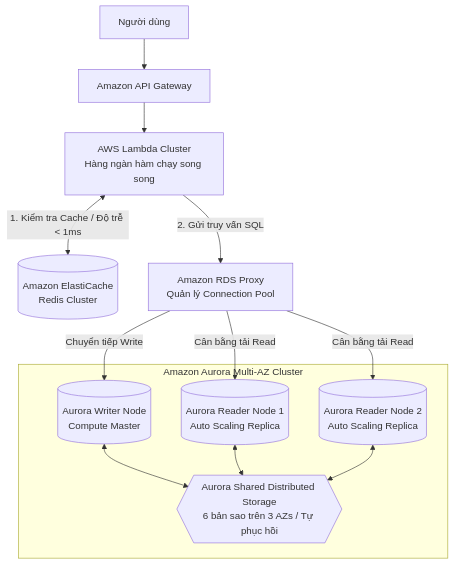
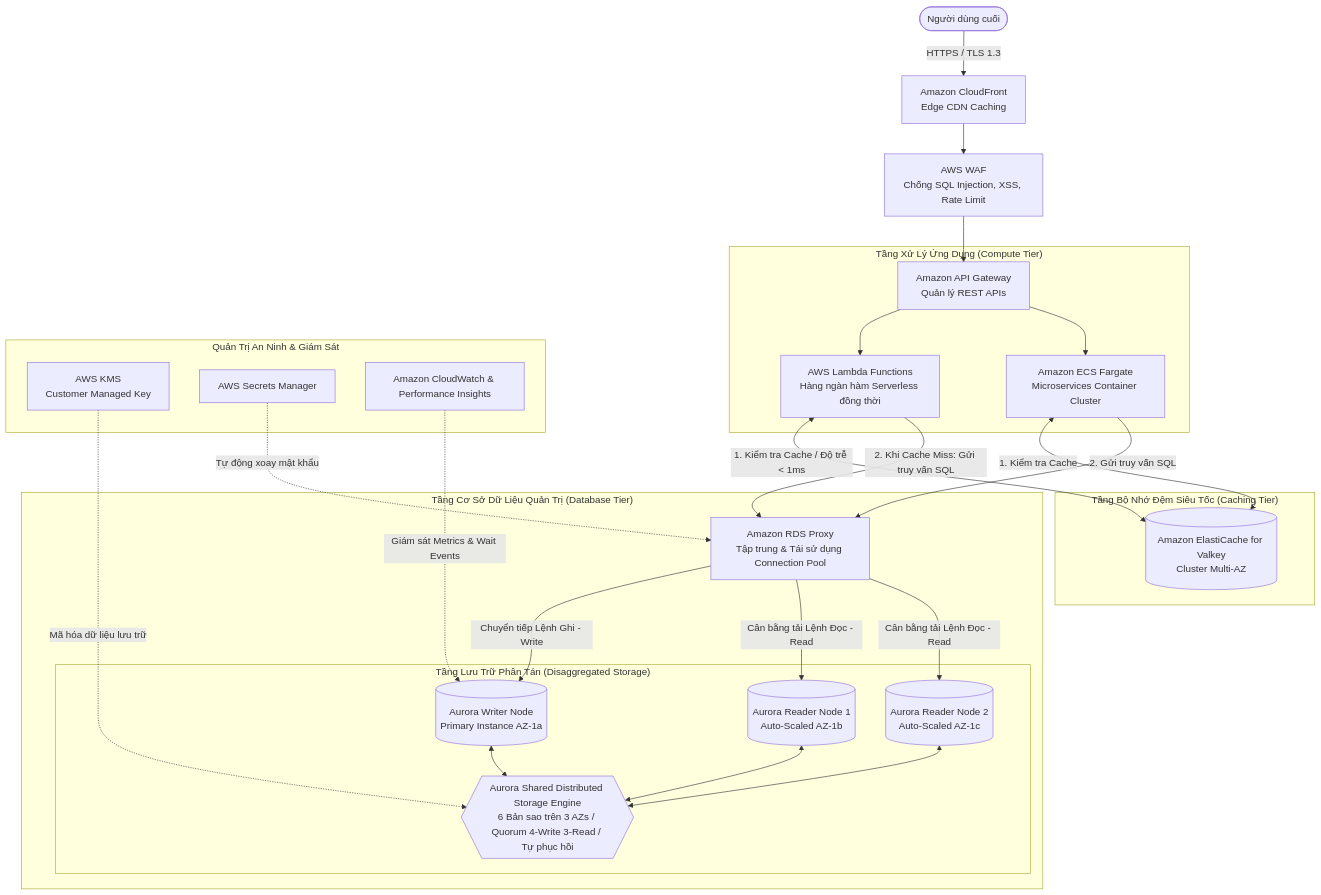
The sixth of 7 diagrams in AWS_Services/RDS_Aurora_Databases.md (nhatphanhk/AWS_XBrain_Note), drawn with Mermaid before and after one commit. The commit also changed other lines of this file and 15 other files, not shown here.

````diff
--- a/AWS_Services/RDS_Aurora_Databases.md
+++ b/AWS_Services/RDS_Aurora_Databases.md
@@ -102,24 +296,38 @@
 ```mermaid
 flowchart TD
-    Client[Người dùng] --> API[Amazon API Gateway]
-    API --> Lambda[AWS Lambda Cluster\nHàng ngàn hàm chạy song song]
+    User([Người dùng cuối]) -->|HTTPS / TLS 1.3| CF[Amazon CloudFront\nEdge CDN Caching]
+    CF --> WAF[AWS WAF\nChống SQL Injection, XSS, Rate Limit]
+    WAF --> APIGW[Amazon API Gateway\nQuản lý REST APIs]
     
-    Lambda <-->|1. Kiểm tra Cache / Độ trễ < 1ms| Redis[(Amazon ElastiCache\nRedis Cluster)]
-    
-    Lambda -->|2. Gửi truy vấn SQL| Proxy[Amazon RDS Proxy\nQuản lý Connection Pool]
-    
-    subgraph AuroraCluster[Amazon Aurora Multi-AZ Cluster]
-        WriterNode[(Aurora Writer Node\nCompute Master)]
-        ReaderNode1[(Aurora Reader Node 1\nAuto Scaling Replica)]
-        ReaderNode2[(Aurora Reader Node 2\nAuto Scaling Replica)]
-        SharedStorage{{Aurora Shared Distributed Storage\n6 bản sao trên 3 AZs / Tự phục hồi}}
-        
-        WriterNode <--> SharedStorage
-        ReaderNode1 <--> SharedStorage
-        ReaderNode2 <--> SharedStorage
+    subgraph ComputeTier["Tầng Xử Lý Ứng Dụng (Compute Tier)"]
+        APIGW --> Lambda[AWS Lambda Functions\nHàng ngàn hàm Serverless đồng thời]
+        APIGW --> ECS[Amazon ECS Fargate\nMicroservices Container Cluster]
     end
 
-    Proxy -->|Chuyển tiếp Write| WriterNode
-    Proxy -->|Cân bằng tải Read| ReaderNode1
-    Proxy -->|Cân bằng tải Read| ReaderNode2
+    subgraph CachingTier["Tầng Bộ Nhớ Đệm Siêu Tốc (Caching Tier)"]
+        Lambda <-->|1. Kiểm tra Cache / Độ trễ < 1ms| Valkey[(Amazon ElastiCache for Valkey\nCluster Multi-AZ)]
+        ECS <-->|1. Kiểm tra Cache| Valkey
+    end
+
+    subgraph DatabaseTier["Tầng Cơ Sở Dữ Liệu Quản Trị (Database Tier)"]
+        Lambda -->|2. Khi Cache Miss: Gửi truy vấn SQL| Proxy[Amazon RDS Proxy\nTập trung & Tái sử dụng Connection Pool]
+        ECS -->|2. Gửi truy vấn SQL| Proxy
+        
+        Proxy -->|Chuyển tiếp Lệnh Ghi - Write| WriterNode[(Aurora Writer Node\nPrimary Instance AZ-1a)]
+        Proxy -->|Cân bằng tải Lệnh Đọc - Read| ReaderNode1[(Aurora Reader Node 1\nAuto-Scaled AZ-1b)]
+        Proxy -->|Cân bằng tải Lệnh Đọc - Read| ReaderNode2[(Aurora Reader Node 2\nAuto-Scaled AZ-1c)]
+
+        subgraph StorageLayer["Tầng Lưu Trữ Phân Tán (Disaggregated Storage)"]
+            SharedStorage{{Aurora Shared Distributed Storage Engine\n6 Bản sao trên 3 AZs / Quorum 4-Write 3-Read / Tự phục hồi}}
+            WriterNode <--> SharedStorage
+            ReaderNode1 <--> SharedStorage
+            ReaderNode2 <--> SharedStorage
+        end
+    end
+
+    subgraph SecurityTier["Quản Trị An Ninh & Giám Sát"]
+        KMS[AWS KMS\nCustomer Managed Key] -.->|Mã hóa dữ liệu lưu trữ| SharedStorage
+        SM[AWS Secrets Manager] -.->|Tự động xoay mật khẩu| Proxy
+        CW[Amazon CloudWatch & Performance Insights] -.->|Giám sát Metrics & Wait Events| WriterNode
+    end
 ```
````
